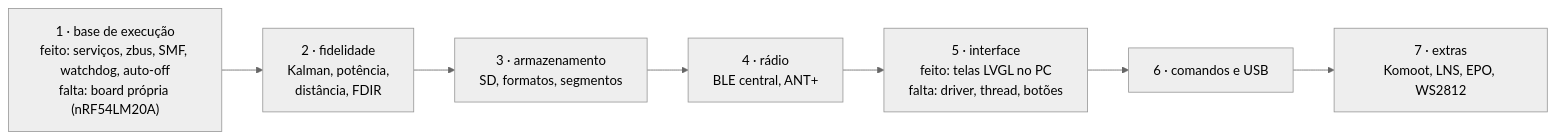
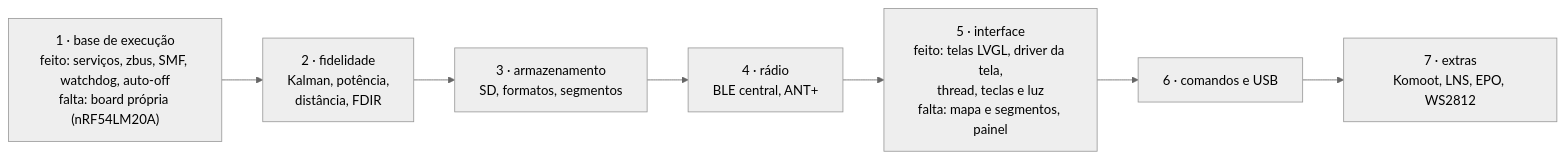
Before and after one commit to Guiimartinho/gnss-bike-computer: the second of 2 diagrams in CLAUDE.md, drawn with Mermaid (neutral theme). The commit also changed other lines of this file, not shown here.

First line of the commit message:
docs(repo): drop the duplicated screen command and update the roadmap

````diff
--- a/CLAUDE.md
+++ b/CLAUDE.md
@@ -102,9 +101,9 @@
 ```mermaid
 flowchart LR
     A["1 · base de execução<br/>feito: serviços, zbus, SMF, watchdog, auto-off<br/>falta: board própria (nRF54LM20A)"] --> B["2 · fidelidade<br/>Kalman, potência,<br/>distância, FDIR"]
     B --> C["3 · armazenamento<br/>SD, formatos, segmentos"]
     C --> D["4 · rádio<br/>BLE central, ANT+"]
-    D --> E["5 · interface<br/>feito: telas LVGL no PC<br/>falta: driver, thread, botões"]
+    D --> E["5 · interface<br/>feito: telas LVGL, driver da tela,<br/>thread, teclas e luz<br/>falta: mapa e segmentos, painel"]
     E --> F["6 · comandos e USB"]
     F --> G["7 · extras<br/>Komoot, LNS, EPO, WS2812"]
 ```
````
